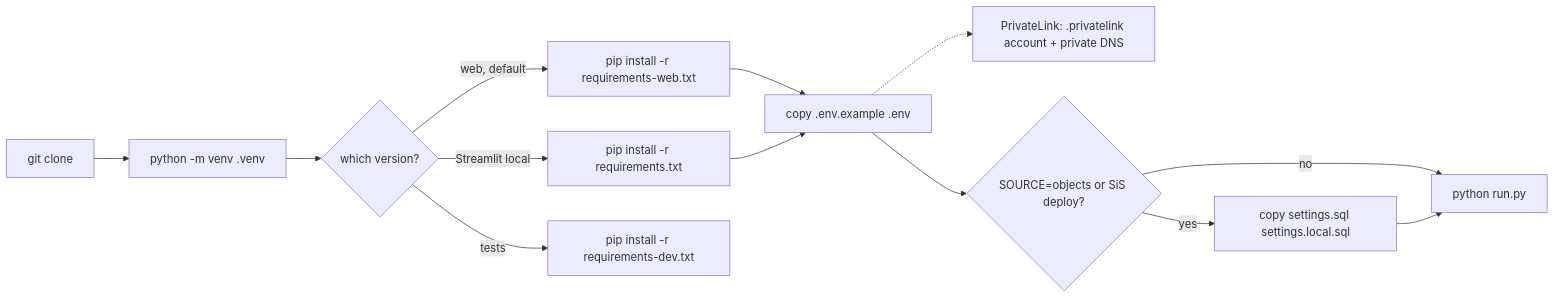
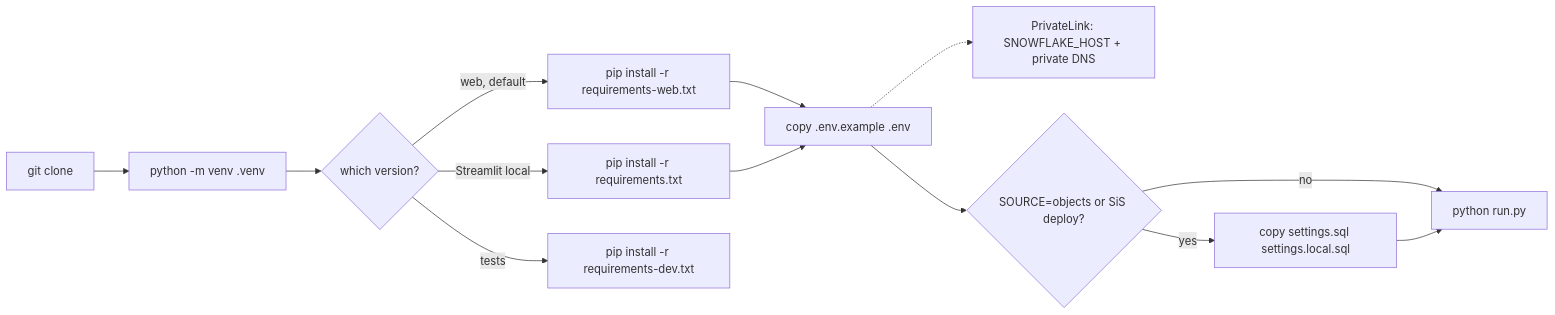
The diagram in snowflake-access-explorer-knowledge-graph/processes/setup-local.md (darshanmeel/snowflake-access-explorer), drawn with Mermaid before and after one commit. The commit also changed other lines of this file and 35 other files, not shown here.

Commit message:
Docs and knowledge graph: SNOWFLAKE_HOST for PrivateLink, QUERY_TAG and STREAMLIT_APP settings, line refs refreshed

````diff
--- a/snowflake-access-explorer-knowledge-graph/processes/setup-local.md
+++ b/snowflake-access-explorer-knowledge-graph/processes/setup-local.md
@@ -4,15 +4,15 @@
 ```mermaid
 flowchart LR
   A[git clone] --> B[python -m venv .venv]
   B --> C{which version?}
   C -->|web, default| D[pip install -r requirements-web.txt]
   C -->|Streamlit local| E[pip install -r requirements.txt]
   C -->|tests| F[pip install -r requirements-dev.txt]
   D --> G[copy .env.example .env]
   E --> G
-  G -.-> PL[PrivateLink: .privatelink account + private DNS]
+  G -.-> PL[PrivateLink: SNOWFLAKE_HOST + private DNS]
   G --> H{SOURCE=objects or SiS deploy?}
   H -->|yes| I[copy settings.sql settings.local.sql]
   H -->|no| J[python run.py]
   I --> J
 ```
````
